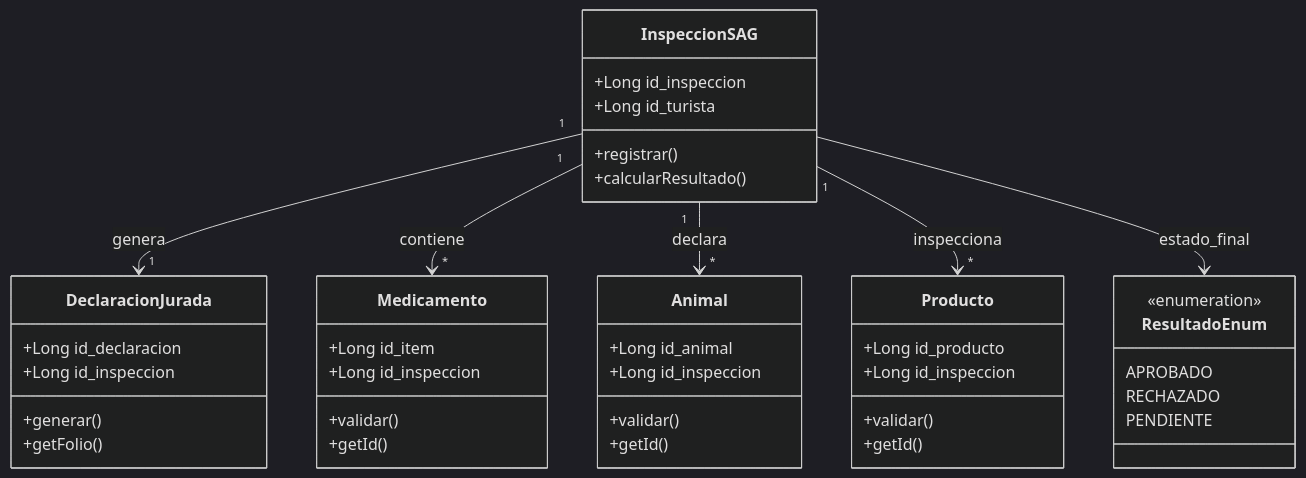
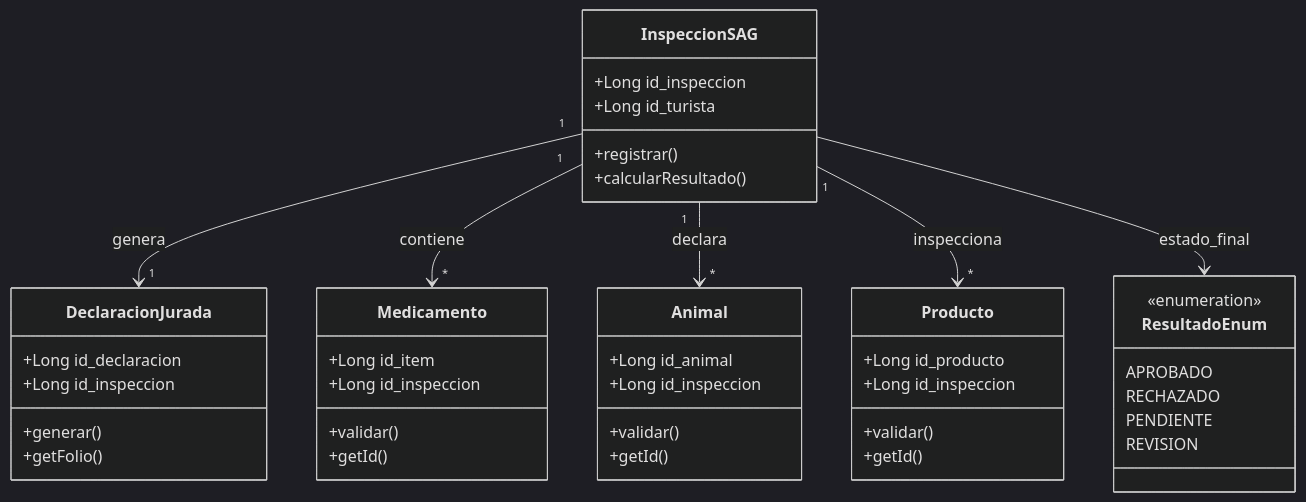
One commit to eldaridin/PrototipoXD changed the diagram in Docs/14_CLASES_MS_SAG.md. Above: the diagram before and after it, drawn with Mermaid (dark theme). The commit also changed other lines of this file, not shown here.

First line of the commit message:
Update ResultadoEnum to include 'REVISION'

````diff
--- a/Docs/14_CLASES_MS_SAG.md
+++ b/Docs/14_CLASES_MS_SAG.md
@@ -15,45 +17,46 @@
 ```mermaid
 classDiagram
     class InspeccionSAG {
         +Long id_inspeccion
         +Long id_turista
         +registrar()
         +calcularResultado()
     }
     class DeclaracionJurada {
         +Long id_declaracion
         +Long id_inspeccion
         +generar()
         +getFolio()
     }
     class Medicamento {
         +Long id_item
         +Long id_inspeccion
         +validar()
         +getId()
     }
     class Animal {
         +Long id_animal
         +Long id_inspeccion
         +validar()
         +getId()
     }
     class Producto {
         +Long id_producto
         +Long id_inspeccion
         +validar()
         +getId()
     }
     class ResultadoEnum {
         <<enumeration>>
         APROBADO
         RECHAZADO
         PENDIENTE
+        REVISION
     }
 
     InspeccionSAG "1" --> "1" DeclaracionJurada : genera
     InspeccionSAG "1" --> "*" Medicamento : contiene
     InspeccionSAG "1" --> "*" Animal : declara
     InspeccionSAG "1" --> "*" Producto : inspecciona
     InspeccionSAG --> ResultadoEnum : estado_final
 ```
````
